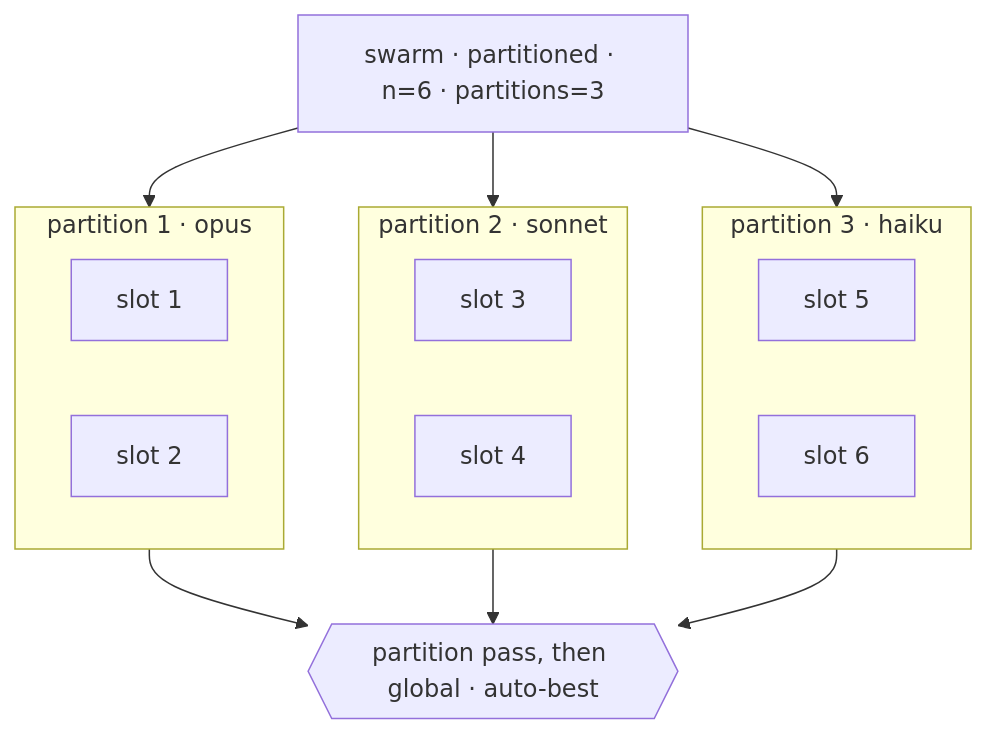
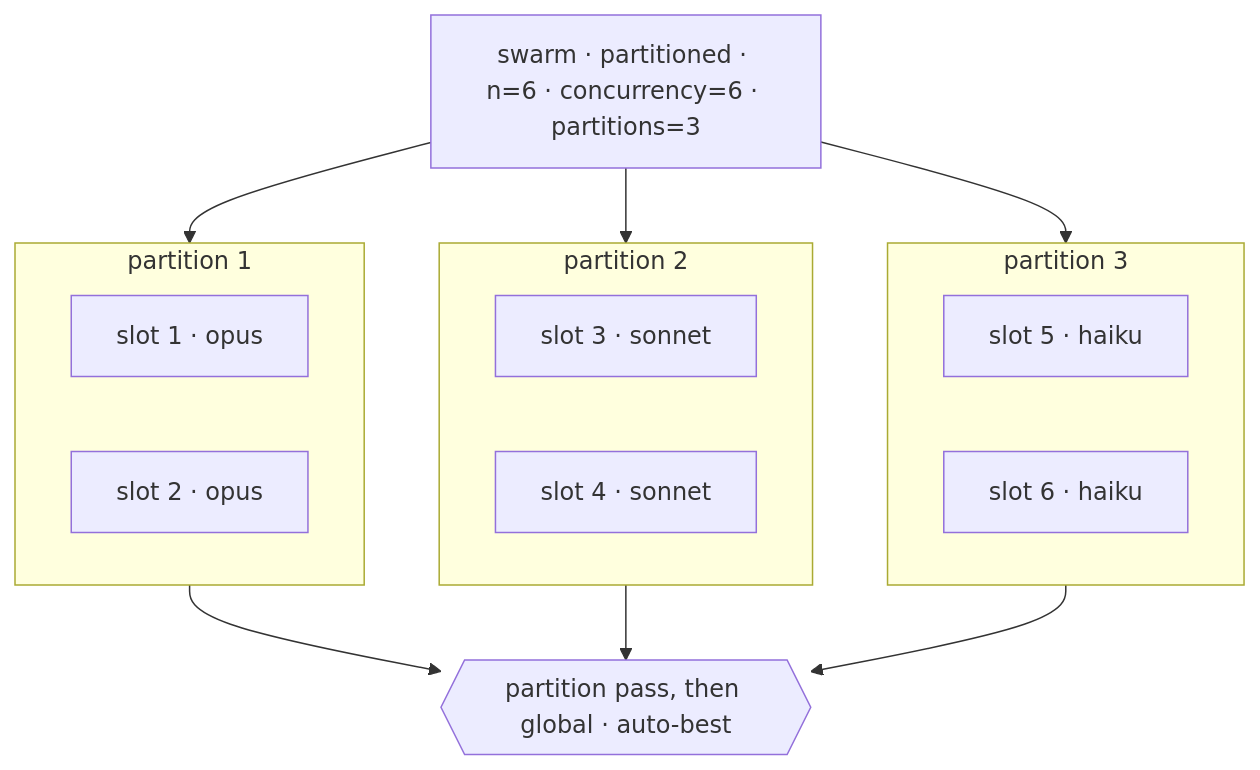
One commit to yliapis/dotfiles changed the second of 4 diagrams in ai-coding/plugins/orchestration/skills/agent-swarm/SKILL.md. Above: the diagram before and after it, drawn with Mermaid. The commit also changed other lines of this file and 2 other files, not shown here.

First line of the commit message:
fix(agent-swarm): close topology gaps found by dry-running the contract

````diff
--- a/ai-coding/plugins/orchestration/skills/agent-swarm/SKILL.md
+++ b/ai-coding/plugins/orchestration/skills/agent-swarm/SKILL.md
@@ -185,22 +189,22 @@
 ```mermaid
 flowchart TD
-  S["swarm · partitioned · n=6 · partitions=3"]
-  subgraph P1["partition 1 · opus"]
-    A1["slot 1"]
-    A2["slot 2"]
+  S["swarm · partitioned · n=6 · concurrency=6 · partitions=3"]
+  subgraph P1["partition 1"]
+    A1["slot 1 · opus"]
+    A2["slot 2 · opus"]
   end
-  subgraph P2["partition 2 · sonnet"]
-    A3["slot 3"]
-    A4["slot 4"]
+  subgraph P2["partition 2"]
+    A3["slot 3 · sonnet"]
+    A4["slot 4 · sonnet"]
   end
-  subgraph P3["partition 3 · haiku"]
-    A5["slot 5"]
-    A6["slot 6"]
+  subgraph P3["partition 3"]
+    A5["slot 5 · haiku"]
+    A6["slot 6 · haiku"]
   end
   S --> P1
   S --> P2
   S --> P3
   P1 --> SEL{{"partition pass, then global · auto-best"}}
   P2 --> SEL
   P3 --> SEL
 ```
````
